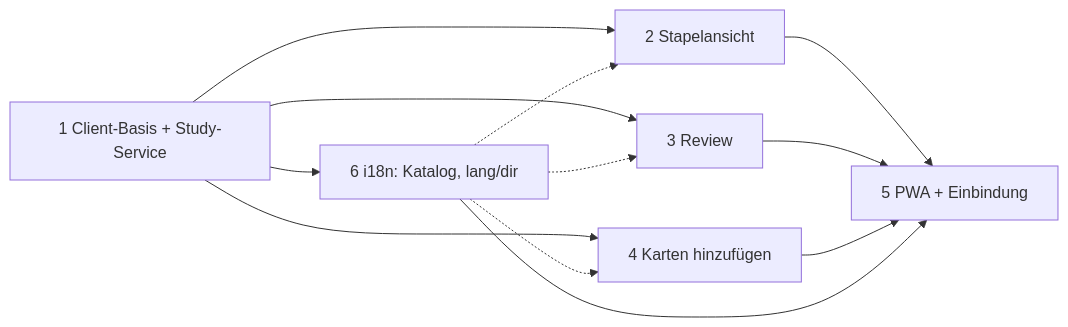
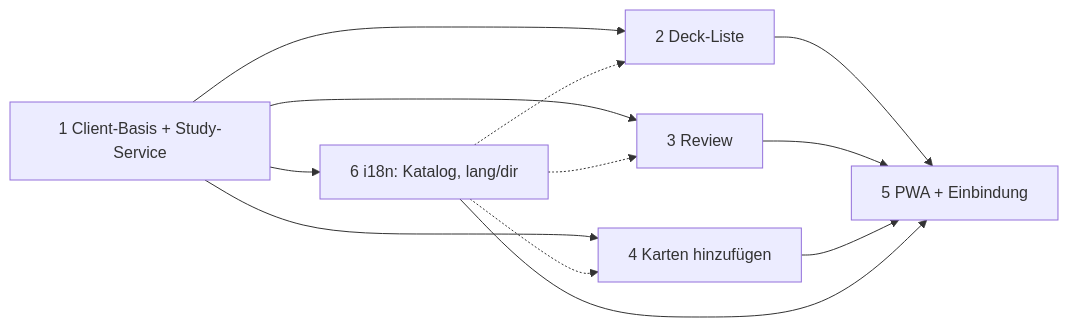
Before and after one commit to Ninerian/ankiweb: the diagram in docs/superpowers/plans/2026-10-27-reviewer-redesign-00-overview.md, drawn with Mermaid. The commit also changed other lines of this file and 6 other files, not shown here.

````diff
--- a/docs/superpowers/plans/2026-10-27-reviewer-redesign-00-overview.md
+++ b/docs/superpowers/plans/2026-10-27-reviewer-redesign-00-overview.md
@@ -69,14 +71,14 @@
 ```mermaid
 flowchart LR
-  P1[1 Client-Basis + Study-Service] --> P2[2 Stapelansicht]
+  P1[1 Client-Basis + Study-Service] --> P2[2 Deck-Liste]
   P1 --> P3[3 Review]
   P1 --> P4[4 Karten hinzufügen]
   P2 --> P5[5 PWA + Einbindung]
   P3 --> P5
   P4 --> P5
   P1 --> P6[6 i18n: Katalog, lang/dir]
   P6 -.-> P2
   P6 -.-> P3
   P6 -.-> P4
   P6 --> P5
 ```
````
